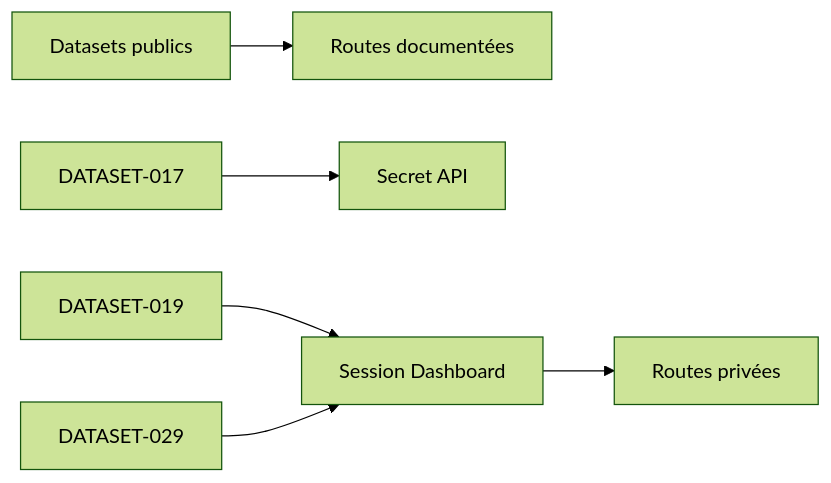
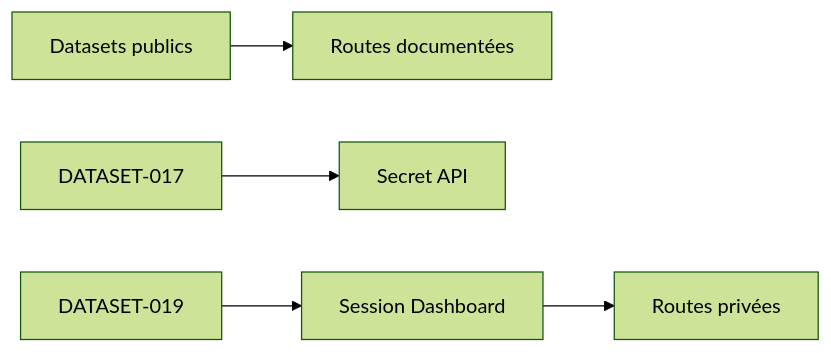
One commit to Matthieu-Vachet/dashboard_Admin changed the diagram in docs/Tome 1 — Foundation (Fondations)/DOC-033-public-private-datasets.md. Above: the diagram before and after it, drawn with Mermaid (forest theme). The commit also changed other lines of this file and 33 other files, not shown here.

````diff
--- a/docs/Tome 1 — Foundation (Fondations)/DOC-033-public-private-datasets.md
+++ b/docs/Tome 1 — Foundation (Fondations)/DOC-033-public-private-datasets.md
@@ -72,8 +70,7 @@
 ```mermaid
 flowchart LR
   PUB["Datasets publics"] --> API["Routes documentées"]
   SHINY["DATASET-017"] --> SECRET["Secret API"]
   WATCH["DATASET-019"] --> SESSION["Session Dashboard"]
-  AUDIT["DATASET-029"] --> SESSION
   SESSION --> PRIVATE["Routes privées"]
 ```
````
